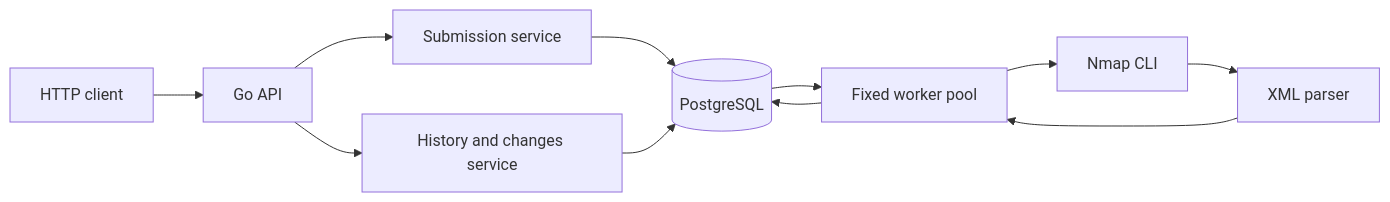
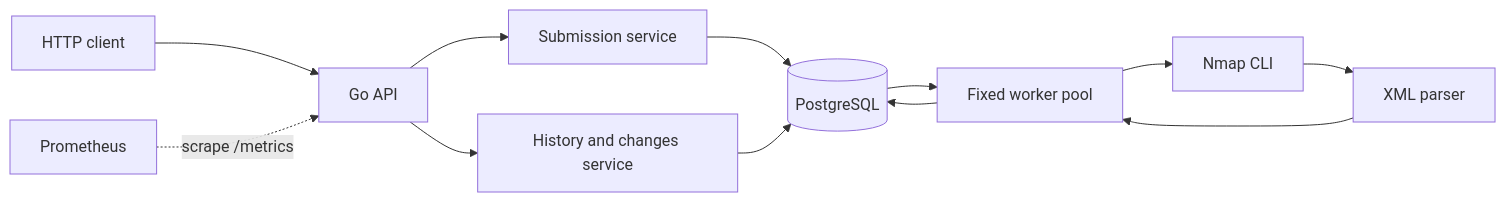
Before and after one commit to aditya5110/nmap-api: the first of 2 diagrams in docs/architecture.md, drawn with Mermaid. The commit also changed other lines of this file and 20 other files, not shown here.

Commit message:
Add Prometheus metrics and update project documentation

````diff
--- a/docs/architecture.md
+++ b/docs/architecture.md
@@ -7,13 +7,14 @@
 ```mermaid
 flowchart LR
     Client[HTTP client] --> API[Go API]
     API --> Scan[Submission service]
     API --> History[History and changes service]
     Scan --> DB[(PostgreSQL)]
     History --> DB
     DB --> Pool[Fixed worker pool]
     Pool --> Nmap[Nmap CLI]
     Nmap --> XML[XML parser]
     XML --> Pool
     Pool --> DB
+    Prometheus[Prometheus] -. scrape /metrics .-> API
 ```
````
